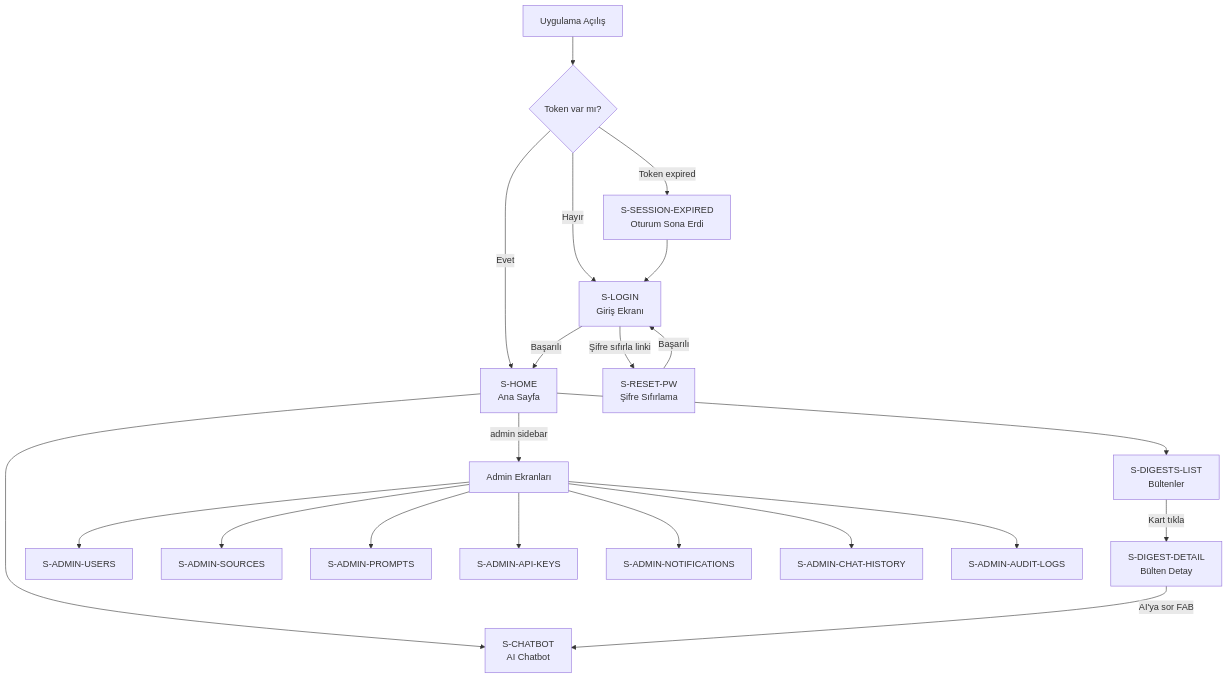
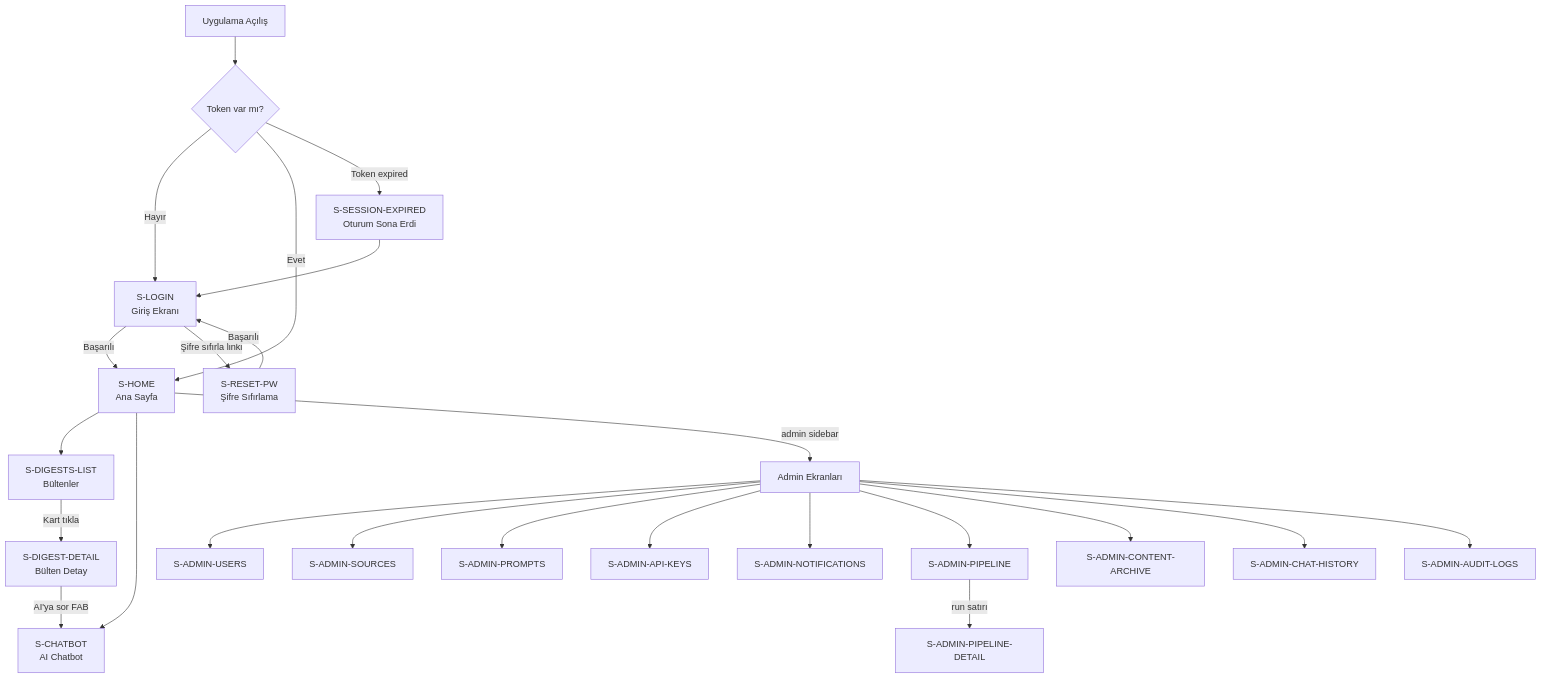
Before and after one commit to semihdilekci/executivemonitoring: the diagram in Docs/06_SCREEN_CATALOG.md, drawn with Mermaid. The commit also changed other lines of this file and 163 other files, not shown here.

````diff
--- a/Docs/06_SCREEN_CATALOG.md
+++ b/Docs/06_SCREEN_CATALOG.md
@@ -11,27 +11,30 @@
 ```mermaid
 flowchart TD
     START["Uygulama Açılış"] --> AUTH_CHECK{"Token var mı?"}
     AUTH_CHECK -->|"Hayır"| S_LOGIN["S-LOGIN\nGiriş Ekranı"]
     AUTH_CHECK -->|"Evet"| S_HOME["S-HOME\nAna Sayfa"]
 
     S_LOGIN -->|"Başarılı"| S_HOME
     S_LOGIN -->|"Şifre sıfırla linki"| S_RESET["S-RESET-PW\nŞifre Sıfırlama"]
     S_RESET -->|"Başarılı"| S_LOGIN
 
     S_HOME --> S_DIGESTS["S-DIGESTS-LIST\nBültenler"]
     S_HOME --> S_CHAT["S-CHATBOT\nAI Chatbot"]
     S_DIGESTS -->|"Kart tıkla"| S_DETAIL["S-DIGEST-DETAIL\nBülten Detay"]
     S_DETAIL -->|"AI'ya sor FAB"| S_CHAT
 
     S_HOME -->|"admin sidebar"| ADMIN_GROUP["Admin Ekranları"]
     ADMIN_GROUP --> S_USERS["S-ADMIN-USERS"]
     ADMIN_GROUP --> S_SOURCES["S-ADMIN-SOURCES"]
     ADMIN_GROUP --> S_PROMPTS["S-ADMIN-PROMPTS"]
     ADMIN_GROUP --> S_APIKEYS["S-ADMIN-API-KEYS"]
     ADMIN_GROUP --> S_NOTIF["S-ADMIN-NOTIFICATIONS"]
+    ADMIN_GROUP --> S_PIPELINE["S-ADMIN-PIPELINE"]
+    S_PIPELINE -->|"run satırı"| S_PIPEDETAIL["S-ADMIN-PIPELINE-DETAIL"]
+    ADMIN_GROUP --> S_CONTENTARCH["S-ADMIN-CONTENT-ARCHIVE"]
     ADMIN_GROUP --> S_CHATHIST["S-ADMIN-CHAT-HISTORY"]
     ADMIN_GROUP --> S_AUDIT["S-ADMIN-AUDIT-LOGS"]
 
     AUTH_CHECK -->|"Token expired"| S_SESSION["S-SESSION-EXPIRED\nOturum Sona Erdi"]
     S_SESSION --> S_LOGIN
 ```
````
